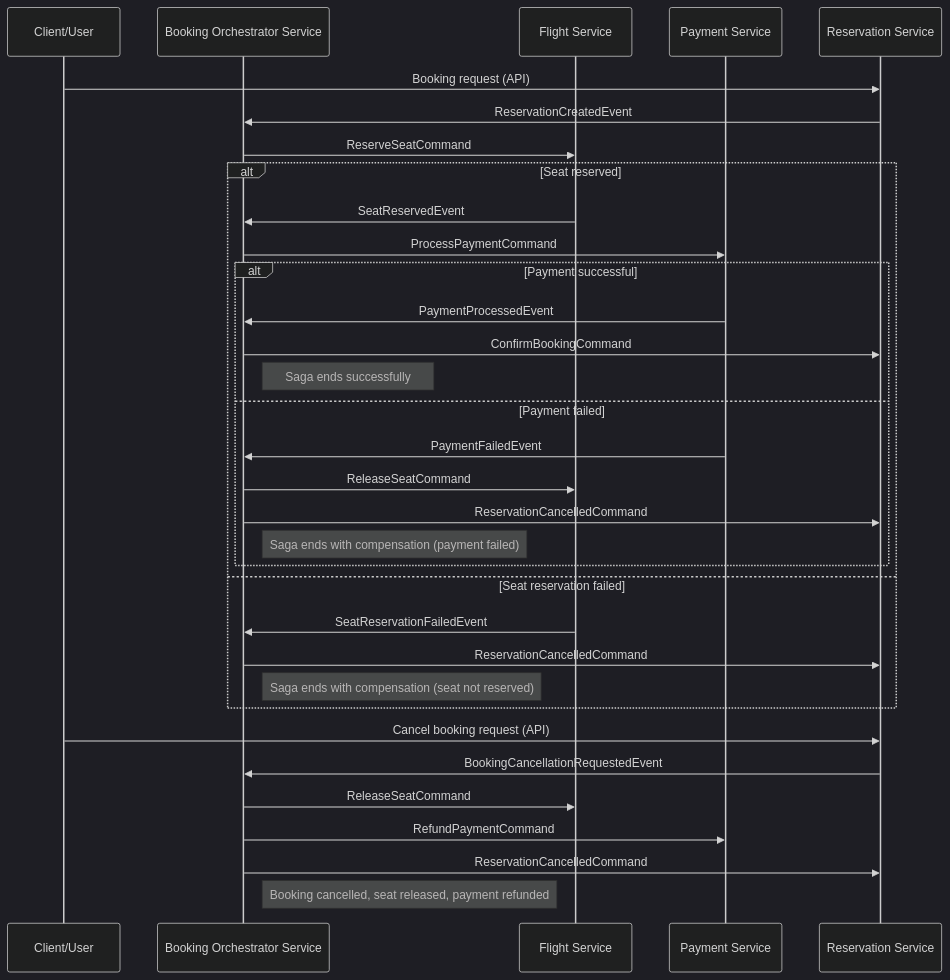
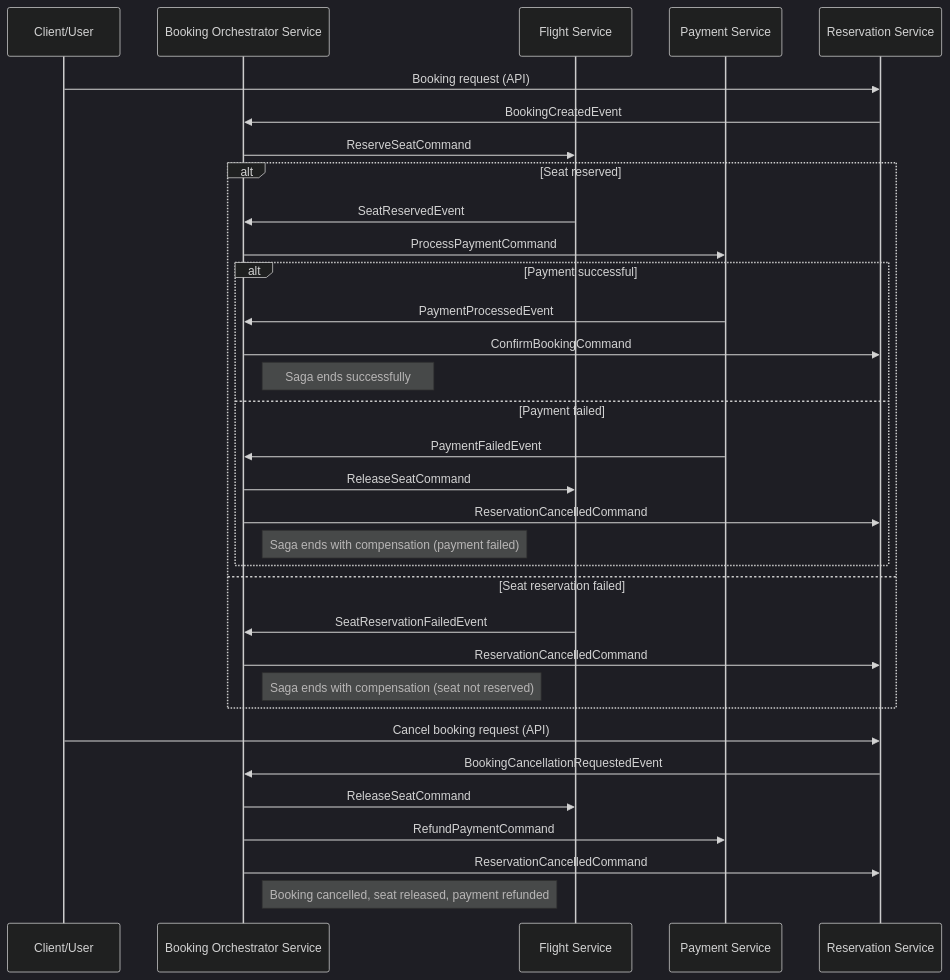
One commit to vstebletsov89/spring-boot-microservices-saga changed the diagram in saga.mmd. Above: the diagram before and after it, drawn with Mermaid (dark theme). The commit also changed 19 other files, not shown here.

```diff
--- a/saga.mmd
+++ b/saga.mmd
@@ -1,41 +1,41 @@
 sequenceDiagram
     participant UI as Client/User
     participant BOS as Booking Orchestrator Service
     participant FCS as Flight Service
     participant PS as Payment Service
     participant RS as Reservation Service
 
 %% Saga start: booking created
     UI->>RS: Booking request (API)
-    RS->>BOS: ReservationCreatedEvent
+    RS->>BOS: BookingCreatedEvent
     BOS->>FCS: ReserveSeatCommand
 
     alt Seat reserved
         FCS->>BOS: SeatReservedEvent
         BOS->>PS: ProcessPaymentCommand
 
         alt Payment successful
             PS->>BOS: PaymentProcessedEvent
             BOS->>RS: ConfirmBookingCommand
             Note right of BOS: Saga ends successfully
 
         else Payment failed
             PS->>BOS: PaymentFailedEvent
             BOS->>FCS: ReleaseSeatCommand
             BOS->>RS: ReservationCancelledCommand
             Note right of BOS: Saga ends with compensation (payment failed)
         end
 
     else Seat reservation failed
         FCS->>BOS: SeatReservationFailedEvent
         BOS->>RS: ReservationCancelledCommand
         Note right of BOS: Saga ends with compensation (seat not reserved)
     end
 
 %% User-initiated booking cancellation
     UI->>RS: Cancel booking request (API)
     RS->>BOS: BookingCancellationRequestedEvent
     BOS->>FCS: ReleaseSeatCommand
     BOS->>PS: RefundPaymentCommand
     BOS->>RS: ReservationCancelledCommand
     Note right of BOS: Booking cancelled, seat released, payment refunded
```
